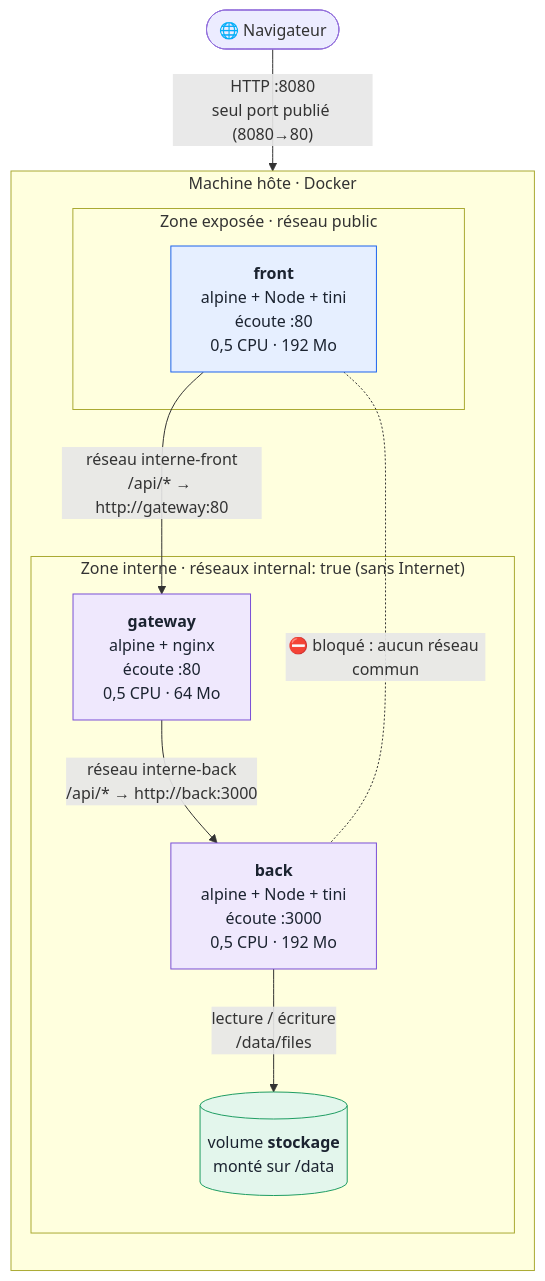
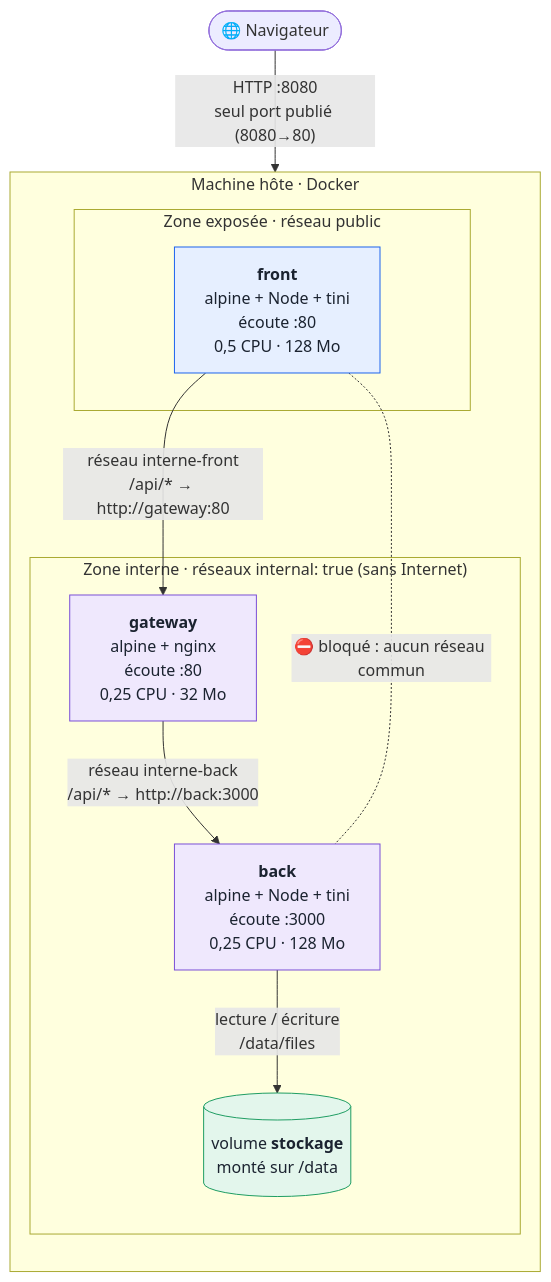
One commit to AbadieThomasPro/M2_TP_Docker changed the first of 3 diagrams in README.md. Above: the diagram before and after it, drawn with Mermaid. The commit also changed other lines of this file and 8 other files, not shown here.

````diff
--- a/README.md
+++ b/README.md
@@ -45,29 +45,29 @@
 ```mermaid
 flowchart TB
   nav(["🌐 Navigateur"])
 
   subgraph hote["Machine hôte · Docker"]
     direction TB
     subgraph expose["Zone exposée · réseau public"]
-      front["<b>front</b><br/>alpine + Node + tini<br/>écoute :80<br/>0,5 CPU · 192 Mo"]
+      front["<b>front</b><br/>alpine + Node + tini<br/>écoute :80<br/>0,5 CPU · 128 Mo"]
     end
     subgraph interne["Zone interne · réseaux internal: true (sans Internet)"]
-      gateway["<b>gateway</b><br/>alpine + nginx<br/>écoute :80<br/>0,5 CPU · 64 Mo"]
-      back["<b>back</b><br/>alpine + Node + tini<br/>écoute :3000<br/>0,5 CPU · 192 Mo"]
+      gateway["<b>gateway</b><br/>alpine + nginx<br/>écoute :80<br/>0,25 CPU · 32 Mo"]
+      back["<b>back</b><br/>alpine + Node + tini<br/>écoute :3000<br/>0,25 CPU · 128 Mo"]
       vol[("volume <b>stockage</b><br/>monté sur /data")]
     end
   end
 
   nav -- "HTTP :8080<br/>seul port publié (8080→80)" --> front
   front -- "réseau interne-front<br/>/api/* → http://gateway:80" --> gateway
   gateway -- "réseau interne-back<br/>/api/* → http://back:3000" --> back
   back -- "lecture / écriture<br/>/data/files" --> vol
   front -. "⛔ bloqué : aucun réseau commun" .- back
 
   classDef pub fill:#e6efff,stroke:#1d63ed,color:#1b2330
   classDef int fill:#efe8fd,stroke:#7a4fd6,color:#1b2330
   classDef data fill:#e3f6ec,stroke:#1f9d63,color:#1b2330
   class front pub
   class gateway,back int
   class vol data
 ```
````
